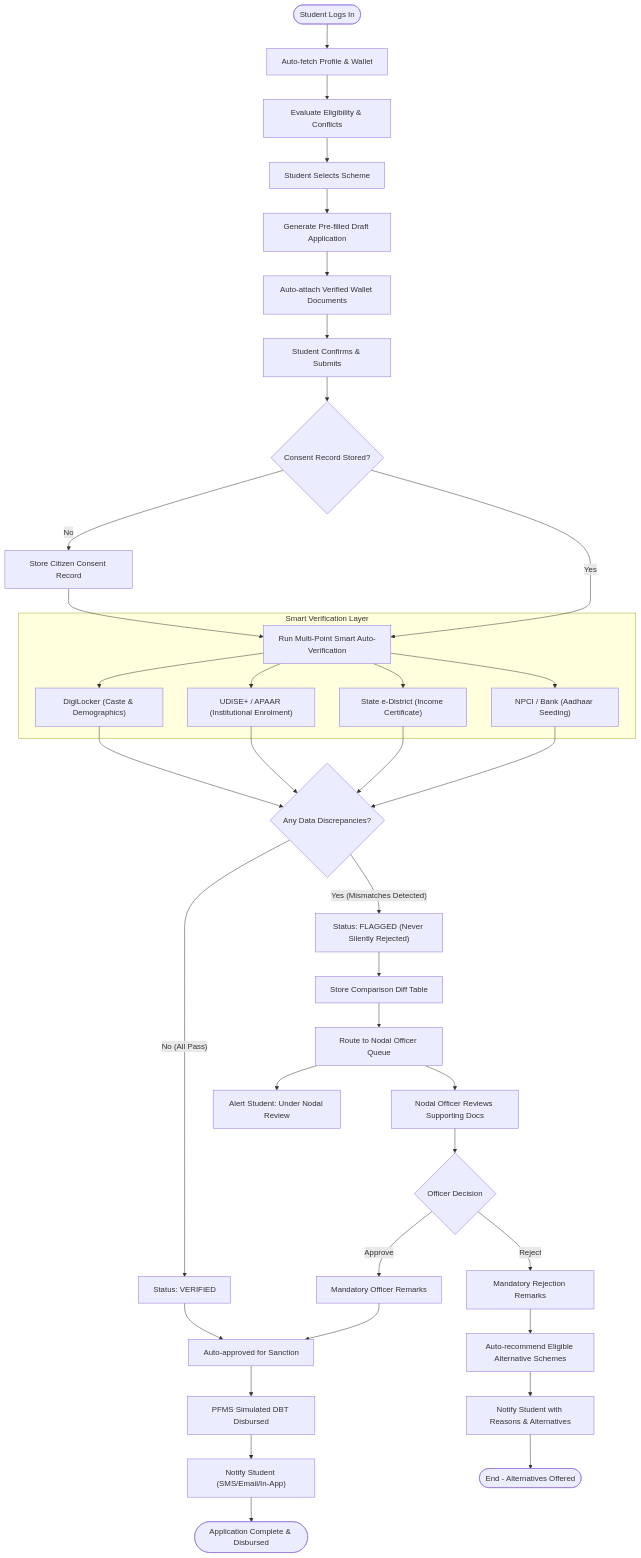
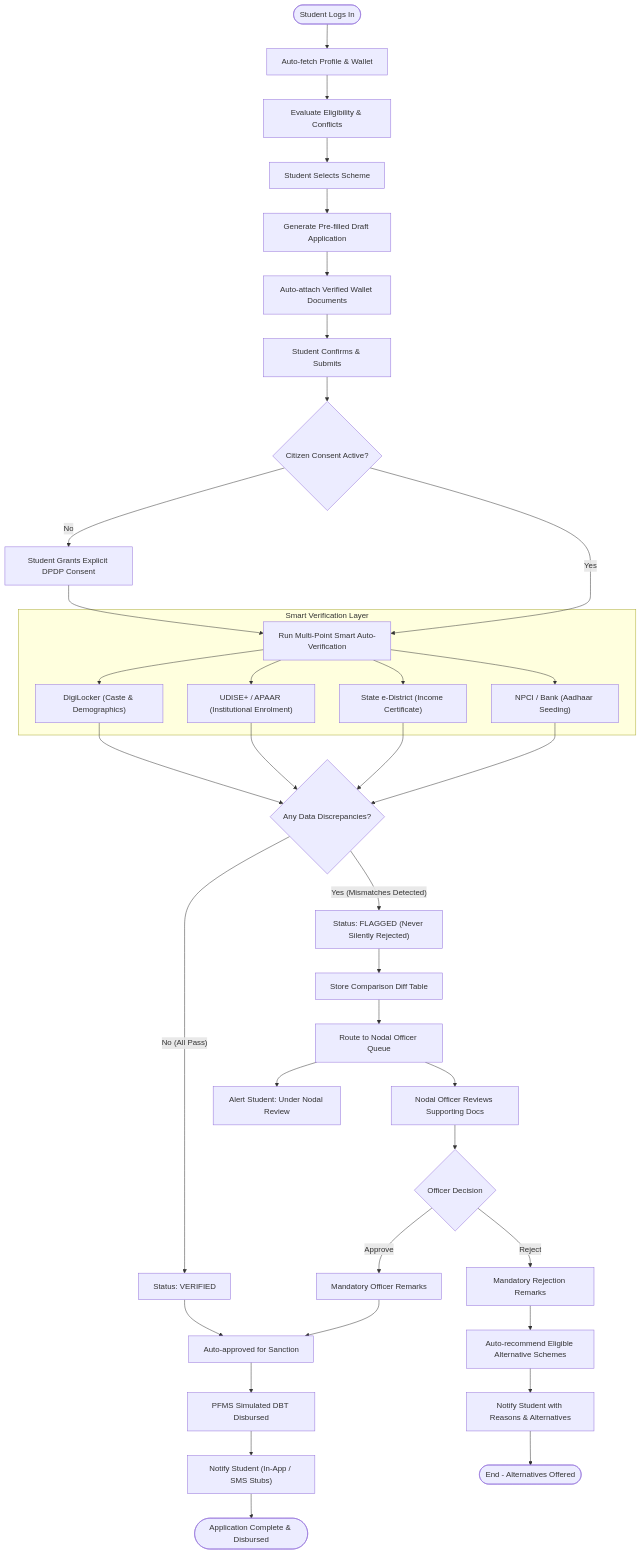
One commit to shvirat/shiksha-setu-prototype changed the second of 3 diagrams in docs/TECHNICAL_DESIGN.md. Above: the diagram before and after it, drawn with Mermaid. The commit also changed other lines of this file and 20 other files, not shown here.

````diff
--- a/docs/TECHNICAL_DESIGN.md
+++ b/docs/TECHNICAL_DESIGN.md
@@ -75,44 +84,44 @@
 ```mermaid
 flowchart TD
     Start([Student Logs In]) --> Profile["Auto-fetch Profile & Wallet"]
     Profile --> EligCheck["Evaluate Eligibility & Conflicts"]
     EligCheck --> SelectScheme["Student Selects Scheme"]
     SelectScheme --> Prefill["Generate Pre-filled Draft Application"]
     Prefill --> AttachDocs["Auto-attach Verified Wallet Documents"]
     AttachDocs --> Submit["Student Confirms & Submits"]
     
-    Submit --> ConsentCheck{"Consent Record Stored?"}
-    ConsentCheck -- No --> PromptConsent["Store Citizen Consent Record"] --> AdapterChecks
-    ConsentCheck -- Yes --> AdapterChecks["Run Multi-Point Smart Auto-Verification"]
+    Submit --> ConsentCheck{"Citizen Consent Active?"}
+    ConsentCheck -- "No" --> PromptConsent["Student Grants Explicit DPDP Consent"] --> AdapterChecks
+    ConsentCheck -- "Yes" --> AdapterChecks["Run Multi-Point Smart Auto-Verification"]
     
     subgraph Verification ["Smart Verification Layer"]
         AdapterChecks --> V1["DigiLocker (Caste & Demographics)"]
         AdapterChecks --> V2["UDISE+ / APAAR (Institutional Enrolment)"]
         AdapterChecks --> V3["State e-District (Income Certificate)"]
         AdapterChecks --> V4["NPCI / Bank (Aadhaar Seeding)"]
     end
 
     V1 & V2 & V3 & V4 --> EvaluateResults{"Any Data Discrepancies?"}
     
     EvaluateResults -- "No (All Pass)" --> StatusVerified["Status: VERIFIED"]
     StatusVerified --> SanctionSim["Auto-approved for Sanction"]
     SanctionSim --> DBTSim["PFMS Simulated DBT Disbursed"]
-    DBTSim --> NotifySuccess["Notify Student (SMS/Email/In-App)"]
+    DBTSim --> NotifySuccess["Notify Student (In-App / SMS Stubs)"]
     NotifySuccess --> DoneSuccess([Application Complete & Disbursed])
     
     EvaluateResults -- "Yes (Mismatches Detected)" --> StatusFlagged["Status: FLAGGED (Never Silently Rejected)"]
     StatusFlagged --> RecordMismatch["Store Comparison Diff Table"]
     RecordMismatch --> OfficerQueue["Route to Nodal Officer Queue"]
     OfficerQueue --> NotifyReview["Alert Student: Under Nodal Review"]
     
     OfficerQueue --> OfficerReview["Nodal Officer Reviews Supporting Docs"]
     OfficerReview --> Decision{"Officer Decision"}
     
-    Decision -- Approve --> AddRemarks["Mandatory Officer Remarks"]
+    Decision -- "Approve" --> AddRemarks["Mandatory Officer Remarks"]
     AddRemarks --> SanctionSim
     
-    Decision -- Reject --> RejectRemarks["Mandatory Rejection Remarks"]
+    Decision -- "Reject" --> RejectRemarks["Mandatory Rejection Remarks"]
     RejectRemarks --> RecommendAlt["Auto-recommend Eligible Alternative Schemes"]
     RecommendAlt --> NotifyReject["Notify Student with Reasons & Alternatives"]
     NotifyReject --> DoneReject([End - Alternatives Offered])
 ```
````
